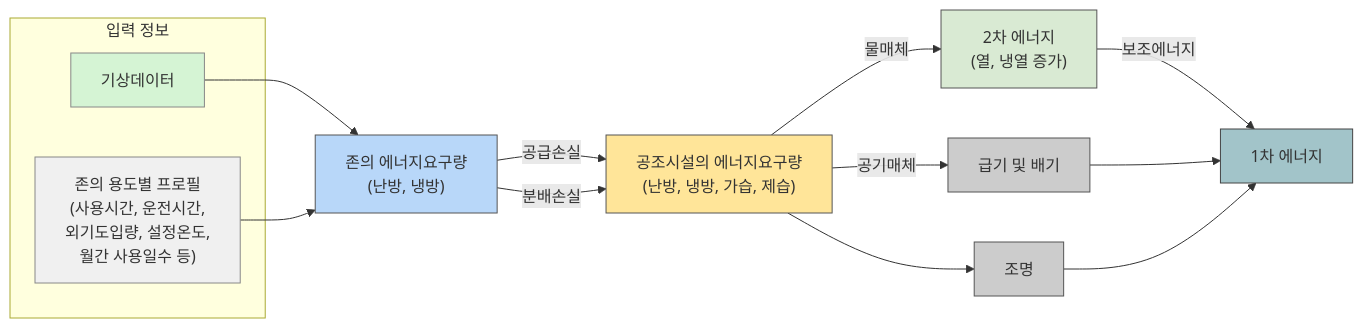
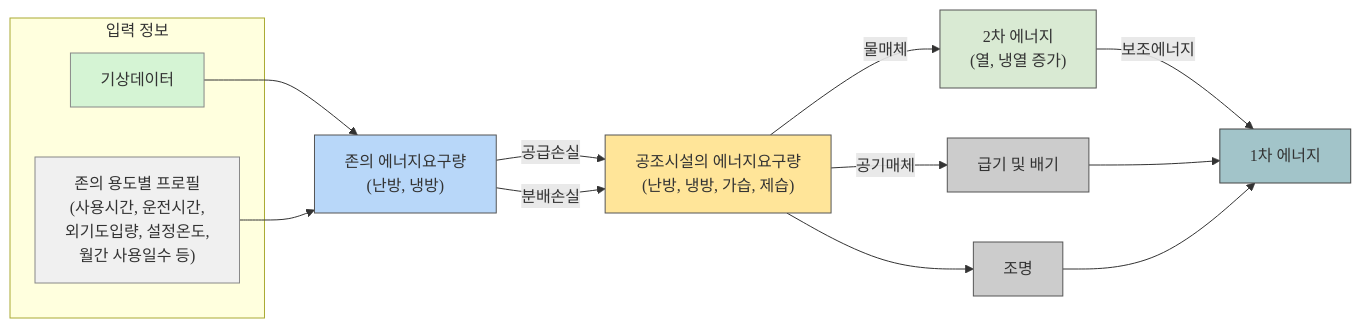
One commit to VeryColdplay/eco2_guide_center_yealone changed the first of 2 diagrams in docs/1. ECO2 Logic Guide/index.md. Above: the diagram before and after it, drawn with Mermaid. The commit also changed other lines of this file and 15 other files, not shown here.

````diff
--- a/docs/1. ECO2 Logic Guide/index.md
+++ b/docs/1. ECO2 Logic Guide/index.md
@@ -77,43 +17,54 @@
 ```mermaid
 flowchart LR
+    classDef processing font-family:'Pretendard', text-decoration: none;
+
     subgraph Input["입력 정보"]
         A["기상데이터"]
         B["존의 용도별 프로필\n(사용시간, 운전시간,\n외기도입량, 설정온도,\n월간 사용일수 등)"]
     end
 
     A --> C["존의 에너지요구량\n(난방, 냉방)"]
     B --> C
 
     C -->|공급손실| D1["공조시설의 에너지요구량\n(난방, 냉방, 가습, 제습)"]
     C -->|분배손실| D1
 
     D1 -->|공기매체| E1["급기 및 배기"]
     D1 --> F1["조명"]
 
     D1 -->|물매체| G1["2차 에너지\n(열, 냉열 증가)"]
     G1 -->|보조에너지| H1["1차 에너지"]
     E1 --> H1
     F1 --> H1
 
     %% 링크 설정 (숨겨진 HTML 파일 연결)
     click A "resources/weather.html" "_blank"
     click B "resources/profile.html" "_blank"
     click C "resources/energy.html" "_blank"
     click D1 "resources/hvac.html" "_blank"
     click E1 "resources/air.html" "_blank"
     click F1 "resources/lighting.html" "_blank"
     click G1 "resources/secondary.html" "_blank"
     click H1 "resources/primary.html" "_blank"
 
     %% 스타일 설정
     style A fill:#d5f4d4,stroke:#888,stroke-width:1px
     style B fill:#f0f0f0,stroke:#888,stroke-width:1px
     style C fill:#b8d7f9,stroke:#555,stroke-width:1px
     style D1 fill:#ffe599,stroke:#555,stroke-width:1px
     style E1 fill:#ccc,stroke:#555
     style F1 fill:#ccc,stroke:#555
     style G1 fill:#d9ead3,stroke:#555
     style H1 fill:#a2c4c9,stroke:#444
 
     linkStyle default stroke:#333,stroke-width:1px
+
+    class A processing
+    class B processing
+    class C processing
+    class D1 processing
+    class E1 processing
+    class F1 processing
+    class G1 processing
+    class H1 processing
 ```
````
